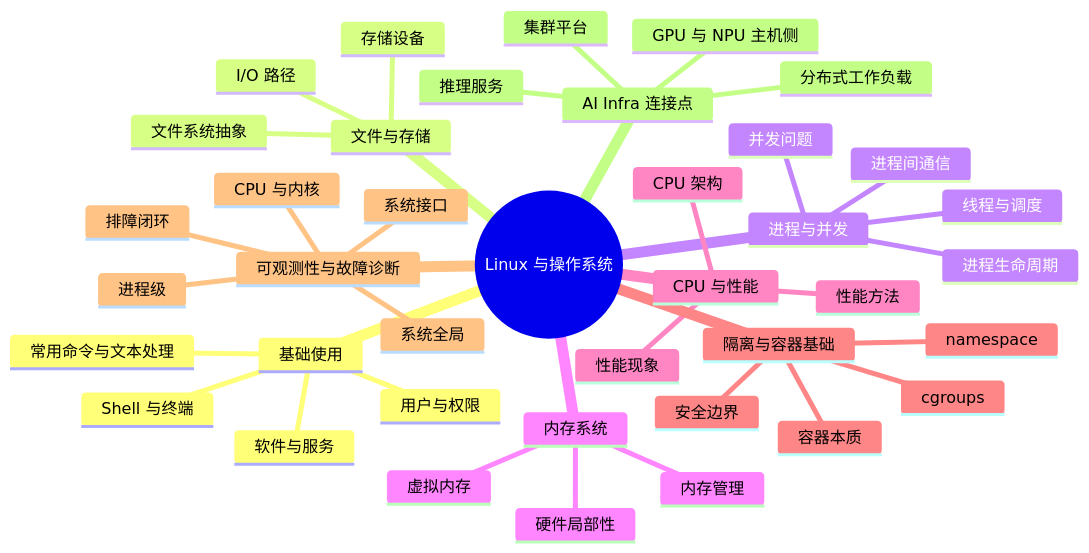
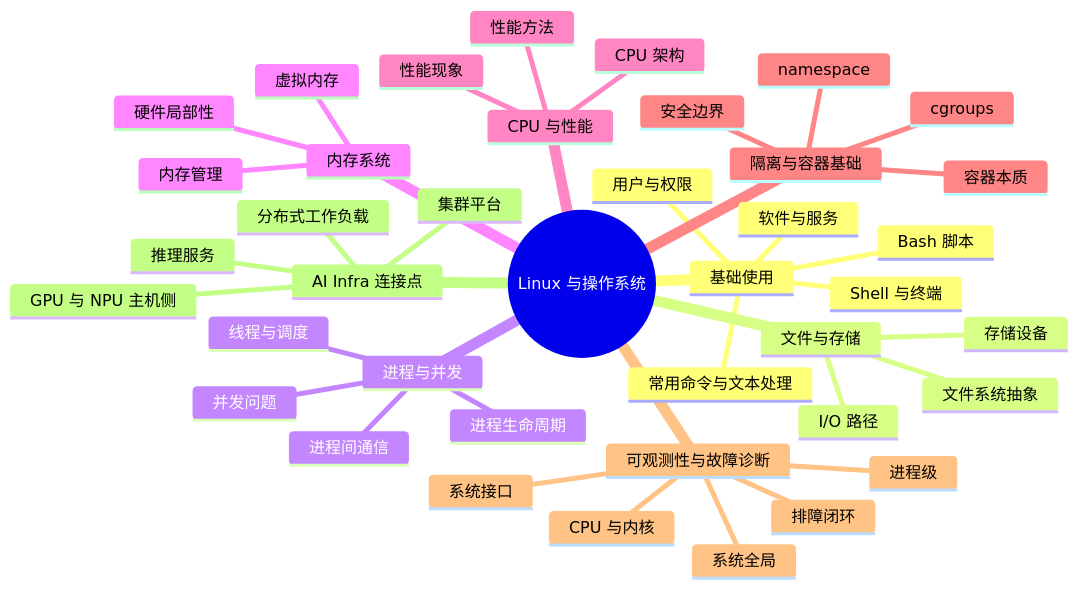
Before and after one commit to Zynb518/AI-Infra-Knowledge-Base: the diagram in Knowledge/阶段0-系统与工程基础/Linux操作系统/知识地图.mmd, drawn with Mermaid. The commit also changed 10 other files, not shown here.

```diff
--- a/Knowledge/阶段0-系统与工程基础/Linux操作系统/知识地图.mmd
+++ b/Knowledge/阶段0-系统与工程基础/Linux操作系统/知识地图.mmd
@@ -1,44 +1,45 @@
 ---
 config:
   layout: tidy-tree
 ---
 mindmap
   root((Linux 与操作系统))
     基础使用
       Shell 与终端
       常用命令与文本处理
+      Bash 脚本
       用户与权限
       软件与服务
     文件与存储
       文件系统抽象
       I/O 路径
       存储设备
     进程与并发
       进程生命周期
       线程与调度
       进程间通信
       并发问题
     内存系统
       虚拟内存
       内存管理
       硬件局部性
     CPU 与性能
       CPU 架构
       性能现象
       性能方法
     隔离与容器基础
       namespace
       cgroups
       容器本质
       安全边界
     可观测性与故障诊断
       系统全局
       进程级
       CPU 与内核
       系统接口
       排障闭环
     AI Infra 连接点
       GPU 与 NPU 主机侧
       分布式工作负载
       推理服务
       集群平台
```
